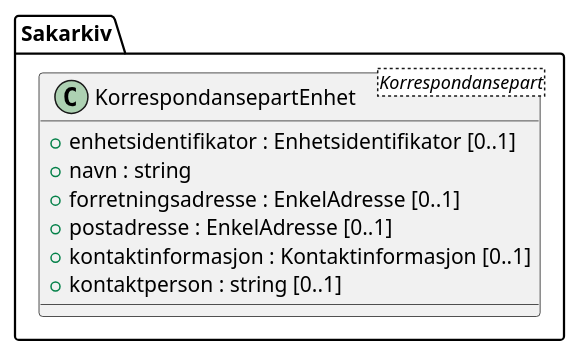
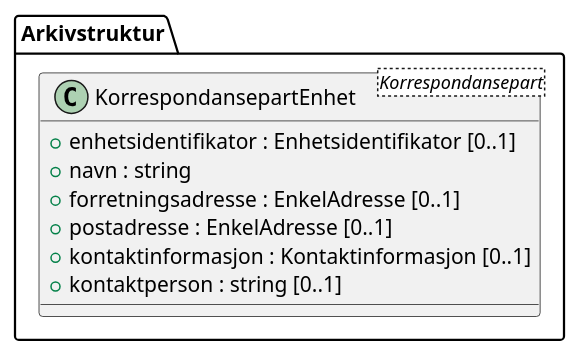
One commit to arkivverket/noark5-tjenestegrensesnitt-standard changed the diagram in kapitler/media/uml-class-korrespondansepartenhet.iuml. Above: the diagram before and after it, drawn with PlantUML. The commit also changed 17 other files, not shown here.

```diff
--- a/kapitler/media/uml-class-korrespondansepartenhet.iuml
+++ b/kapitler/media/uml-class-korrespondansepartenhet.iuml
@@ -1,10 +1,10 @@
 @startuml
-class Sakarkiv.KorrespondansepartEnhet <Korrespondansepart> {
+class Arkivstruktur.KorrespondansepartEnhet <Korrespondansepart> {
   +enhetsidentifikator : Enhetsidentifikator [0..1]
   +navn : string
   +forretningsadresse : EnkelAdresse [0..1]
   +postadresse : EnkelAdresse [0..1]
   +kontaktinformasjon : Kontaktinformasjon [0..1]
   +kontaktperson : string [0..1]
 }
 @enduml
```
